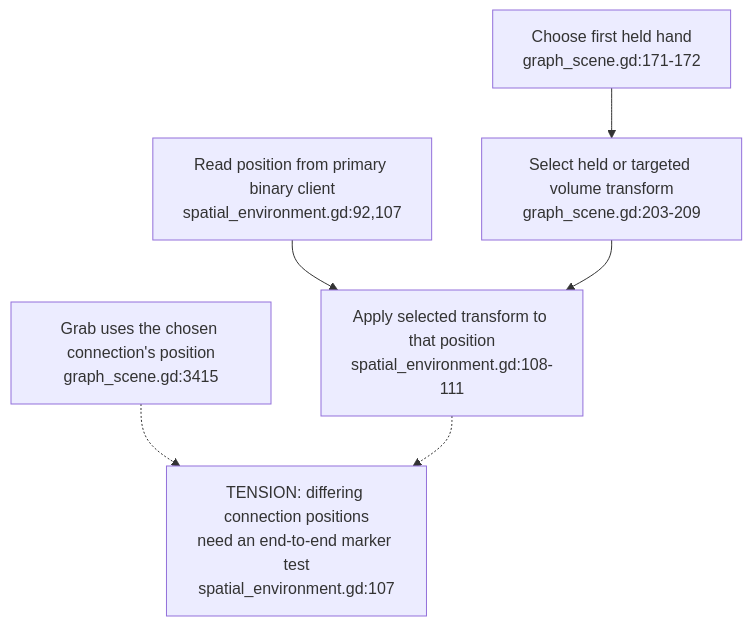
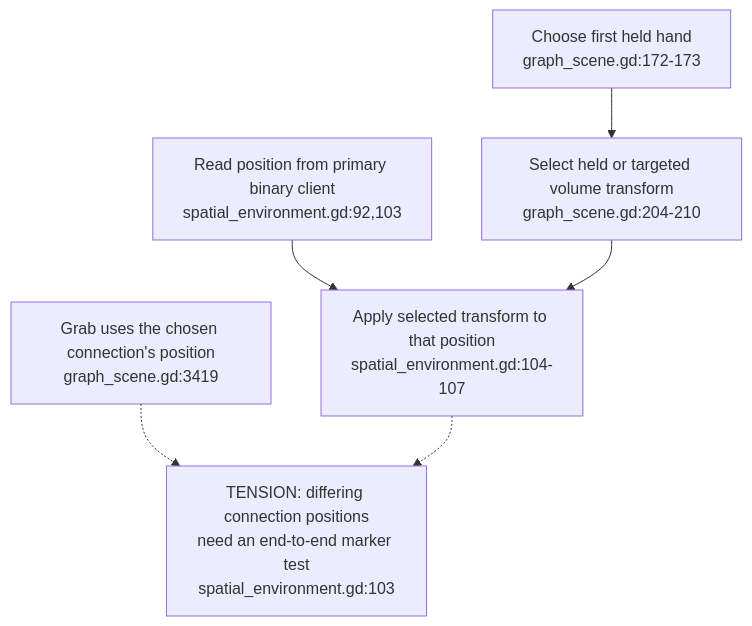
Before and after one commit to DreamLab-AI/VisionFlow: the fifth of 7 diagrams in docs/diagrams/visionclaw/52-drag-holds-and-observation-gates.md, drawn with Mermaid. The commit also changed other lines of this file and 173 other files, not shown here.

````diff
--- a/docs/diagrams/visionclaw/52-drag-holds-and-observation-gates.md
+++ b/docs/diagrams/visionclaw/52-drag-holds-and-observation-gates.md
@@ -100,8 +106,8 @@
 ```mermaid
 flowchart TD
-    HAND["Choose first held hand<br/>graph_scene.gd:171-172"] --> FRAME["Select held or targeted volume transform<br/>graph_scene.gd:203-209"]
-    PRIMARY["Read position from primary binary client<br/>spatial_environment.gd:92,107"] --> WORLD["Apply selected transform to that position<br/>spatial_environment.gd:108-111"]
+    HAND["Choose first held hand<br/>graph_scene.gd:172-173"] --> FRAME["Select held or targeted volume transform<br/>graph_scene.gd:204-210"]
+    PRIMARY["Read position from primary binary client<br/>spatial_environment.gd:92,103"] --> WORLD["Apply selected transform to that position<br/>spatial_environment.gd:104-107"]
     FRAME --> WORLD
-    GRAB["Grab uses the chosen connection's position<br/>graph_scene.gd:3415"] -.-> GAP["TENSION: differing connection positions<br/>need an end-to-end marker test<br/>spatial_environment.gd:107"]
+    GRAB["Grab uses the chosen connection's position<br/>graph_scene.gd:3419"] -.-> GAP["TENSION: differing connection positions<br/>need an end-to-end marker test<br/>spatial_environment.gd:103"]
     WORLD -.-> GAP
 ```
````
